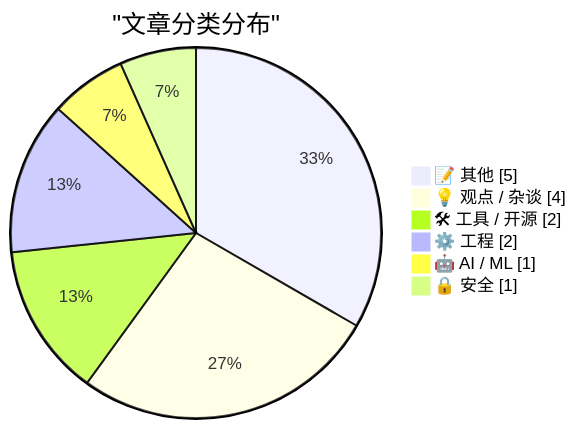
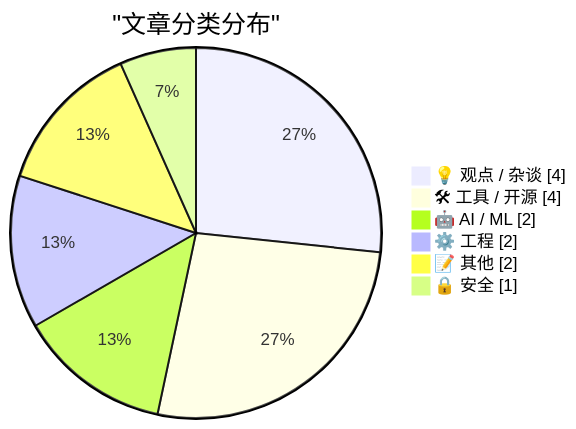
The first of 2 diagrams in content/digest_2026-05-08.md (SamhooXee/aidigest), drawn with Mermaid before and after one commit. The commit also changed other lines of this file and 1 other file, not shown here.

````diff
--- a/content/digest_2026-05-08.md
+++ b/content/digest_2026-05-08.md
@@ -53,10 +53,10 @@
 ```mermaid
 pie showData
     title "文章分类分布"
-    "📝 其他" : 5
     "💡 观点 / 杂谈" : 4
-    "🛠 工具 / 开源" : 2
+    "🛠 工具 / 开源" : 4
+    "🤖 AI / ML" : 2
     "⚙️ 工程" : 2
-    "🤖 AI / ML" : 1
+    "📝 其他" : 2
     "🔒 安全" : 1
 ```
````
